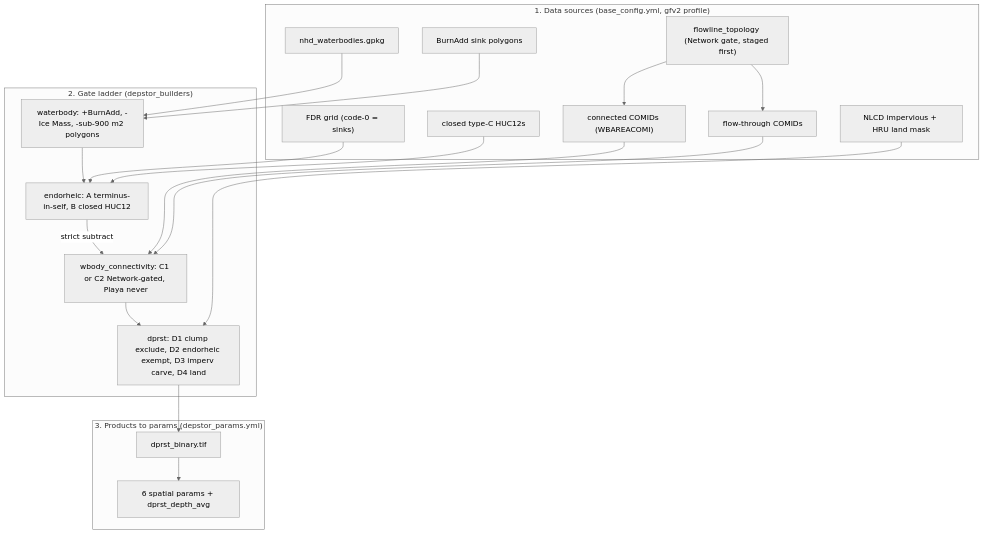
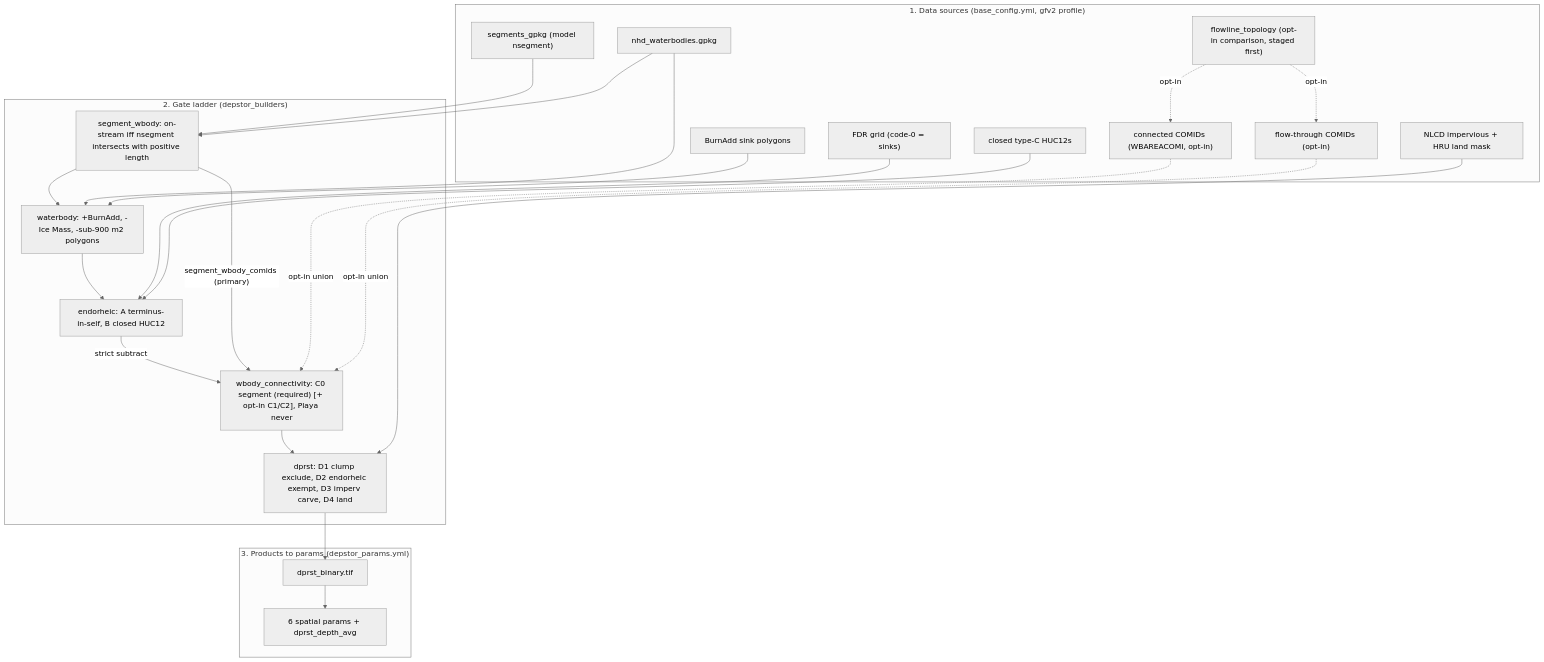
The diagram in docs/depstor_classification_reference.md (rmcd-mscb/gfv2-params), drawn with Mermaid (neutral theme) before and after one commit. The commit also changed other lines of this file and 10 other files, not shown here.

First line of the commit message:
docs(depstor): on-stream comes from the model segment network

````diff
--- a/docs/depstor_classification_reference.md
+++ b/docs/depstor_classification_reference.md
@@ -294,40 +325,46 @@
 ```mermaid
 flowchart TD
     subgraph SRC["1. Data sources (base_config.yml, gfv2 profile)"]
       WB["nhd_waterbodies.gpkg"]
-      TOPO["flowline_topology (Network gate, staged first)"]
-      CONN["connected COMIDs (WBAREACOMI)"]
-      FLOW["flow-through COMIDs"]
+      SEG["segments_gpkg (model nsegment)"]
+      TOPO["flowline_topology (opt-in comparison, staged first)"]
+      CONN["connected COMIDs (WBAREACOMI, opt-in)"]
+      FLOW["flow-through COMIDs (opt-in)"]
       HUC["closed type-C HUC12s"]
       BURN["BurnAdd sink polygons"]
       FDR["FDR grid (code-0 = sinks)"]
       IMP["NLCD impervious + HRU land mask"]
     end
 
     subgraph LAD["2. Gate ladder (depstor_builders)"]
+      S["segment_wbody: on-stream iff nsegment intersects with positive length"]
       W["waterbody: +BurnAdd, -Ice Mass, -sub-900 m2 polygons"]
       E["endorheic: A terminus-in-self, B closed HUC12"]
-      C["wbody_connectivity: C1 or C2 Network-gated, Playa never"]
+      C["wbody_connectivity: C0 segment (required) [+ opt-in C1/C2], Playa never"]
       D["dprst: D1 clump exclude, D2 endorheic exempt, D3 imperv carve, D4 land"]
+      S --> W
       W --> E
       E -->|"strict subtract"| C
       C --> D
     end
 
     subgraph OUT["3. Products to params (depstor_params.yml)"]
       DP["dprst_binary.tif"]
       PAR["6 spatial params + dprst_depth_avg"]
       DP --> PAR
     end
 
+    SEG --> S
+    WB --> S
     WB --> W
     BURN --> W
     FDR --> E
     HUC --> E
-    TOPO --> CONN
-    TOPO --> FLOW
-    CONN --> C
-    FLOW --> C
+    S -->|"segment_wbody_comids (primary)"| C
+    TOPO -.->|"opt-in"| CONN
+    TOPO -.->|"opt-in"| FLOW
+    CONN -.->|"opt-in union"| C
+    FLOW -.->|"opt-in union"| C
     IMP --> D
     D --> DP
 ```
````
